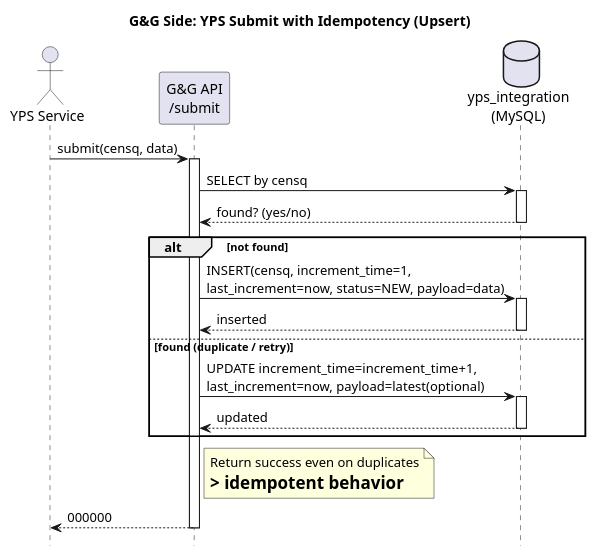
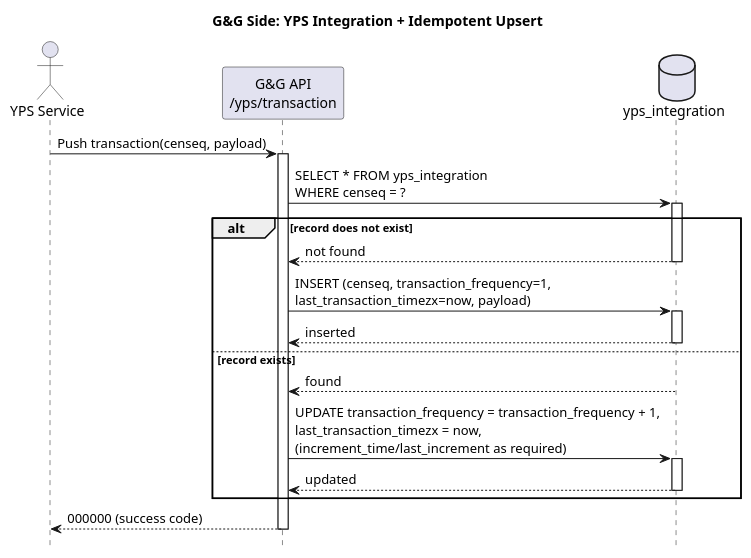
One commit to phyothuhan26/MySolutions changed the diagram in GandG_YPS_DataLost/SequenceDiagram/YPS → G&G endpoint → yps_integration upsert.puml. Above: the diagram before and after it, drawn with PlantUML. The commit also changed 15 other files, not shown here.

```diff
--- a/GandG_YPS_DataLost/SequenceDiagram/YPS → G&G endpoint → yps_integration upsert.puml
+++ b/GandG_YPS_DataLost/SequenceDiagram/YPS → G&G endpoint → yps_integration upsert.puml
@@ -1,38 +1,32 @@
 @startuml
+title G&G Side: YPS Integration + Idempotent Upsert
 hide footbox
-autoactivate off
-title G&G Side: YPS Submit with Idempotency (Upsert)
+actor "YPS Service" as YPS
+participant "G&G API\n/yps/transaction" as API
+database "yps_integration" as DB
 
-actor "YPS Service" as YPS
-participant "G&G API\n/submit" as API
-database "yps_integration\n(MySQL)" as YPSDB
-
-YPS -> API: submit(censq, data)
+YPS -> API: Push transaction(censeq, payload)
 activate API
 
-API -> YPSDB: SELECT by censq
-activate YPSDB
-YPSDB --> API: found? (yes/no)
-deactivate YPSDB
+API -> DB: SELECT * FROM yps_integration\nWHERE censeq = ?
+activate DB
 
-alt not found
-  API -> YPSDB: INSERT(censq, increment_time=1,\nlast_increment=now, status=NEW, payload=data)
-  activate YPSDB
-  YPSDB --> API: inserted
-  deactivate YPSDB
-else found (duplicate / retry)
-  API -> YPSDB: UPDATE increment_time=increment_time+1,\nlast_increment=now, payload=latest(optional)
-  activate YPSDB
-  YPSDB --> API: updated
-  deactivate YPSDB
+alt record does not exist
+  DB --> API: not found
+  deactivate DB
+  API -> DB: INSERT (censeq, transaction_frequency=1,\nlast_transaction_timezx=now, payload)
+  activate DB
+  DB --> API: inserted
+  deactivate DB
+else record exists
+  DB --> API: found
+  deactivate DB
+  API -> DB: UPDATE transaction_frequency = transaction_frequency + 1,\nlast_transaction_timezx = now,\n(increment_time/last_increment as required)
+  activate DB
+  DB --> API: updated
+  deactivate DB
 end
 
-note right of API
-Return success even on duplicates
-=> idempotent behavior
-end note
-
-API --> YPS: 000000
+API --> YPS: 000000 (success code)
 deactivate API
-
 @enduml
```
